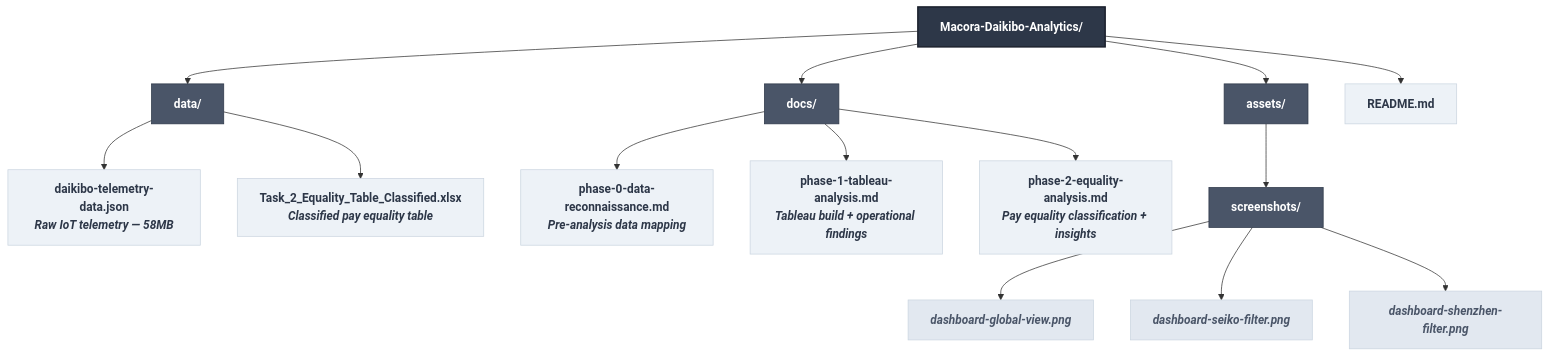
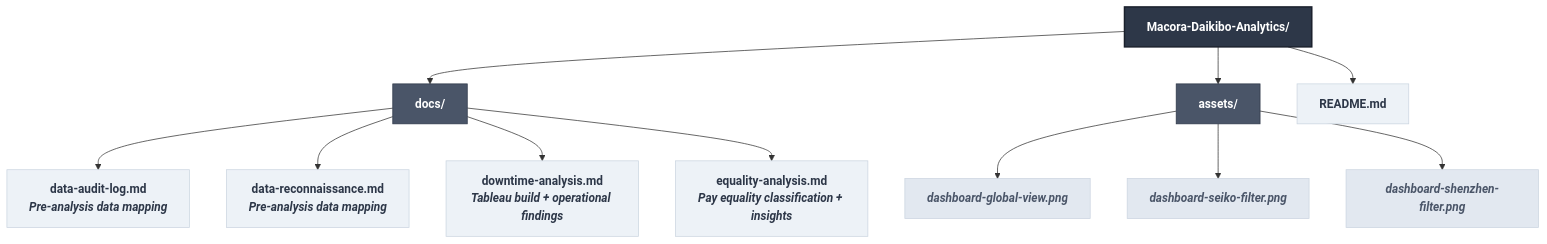
One commit to Dunmxie/Macora-Daikibo-Analytics changed the diagram in README.md. Above: the diagram before and after it, drawn with Mermaid.

Commit message:
Revise directory hierarchy and documentation links
Updated directory structure and documentation references in README.

````diff
--- a/README.md
+++ b/README.md
@@ -34,32 +34,27 @@
 ```mermaid
 graph TD
     %% Define Styles
     classDef root fill:#2d3748,stroke:#1a202c,stroke-width:2px,color:#fff,font-weight:bold;
     classDef folder fill:#4a5568,stroke:#2d3748,stroke-width:1px,color:#fff;
     classDef file fill:#edf2f7,stroke:#cbd5e0,stroke-width:1px,color:#2d3748;
     classDef asset fill:#e2e8f0,stroke:#cbd5e0,stroke-width:1px,color:#4a5568,font-style:italic;
 
     %% Directory Hierarchy
     ROOT[Macora-Daikibo-Analytics/]:::root
     
     %% Main Branches
-    ROOT --> DATA[data/]:::folder
     ROOT --> DOCS[docs/]:::folder
     ROOT --> ASSETS[assets/]:::folder
     ROOT --> README[README.md]:::file
     
-    %% Data Sub-tree
-    DATA --> D1[daikibo-telemetry-data.json<br/><i>Raw IoT telemetry — 58MB</i>]:::file
-    DATA --> D2[Task_2_Equality_Table_Classified.xlsx<br/><i>Classified pay equality table</i>]:::file
-    
     %% Docs Sub-tree
-    DOCS --> DO1[phase-0-data-reconnaissance.md<br/><i>Pre-analysis data mapping</i>]:::file
-    DOCS --> DO2[phase-1-tableau-analysis.md<br/><i>Tableau build + operational findings</i>]:::file
-    DOCS --> DO3[phase-2-equality-analysis.md<br/><i>Pay equality classification + insights</i>]:::file
+    DOCS --> DO1[data-audit-log.md<br/><i>Pre-analysis data mapping</i>]:::file
+    DOCS --> DO2[data-reconnaissance.md<br/><i>Pre-analysis data mapping</i>]:::file
+    DOCS --> DO3[downtime-analysis.md<br/><i>Tableau build + operational findings</i>]:::file
+    DOCS --> DO4[equality-analysis.md<br/><i>Pay equality classification + insights</i>]:::file
     
     %% Assets Sub-tree
-    ASSETS --> SH[screenshots/]:::folder
-    SH --> S1[dashboard-global-view.png]:::asset
-    SH --> S2[dashboard-seiko-filter.png]:::asset
-    SH --> S3[dashboard-shenzhen-filter.png]:::asset
+    ASSETS --> A1[dashboard-global-view.png]:::asset
+    ASSETS --> A2[dashboard-seiko-filter.png]:::asset
+    ASSETS --> A3[dashboard-shenzhen-filter.png]:::asset
 ```
````
